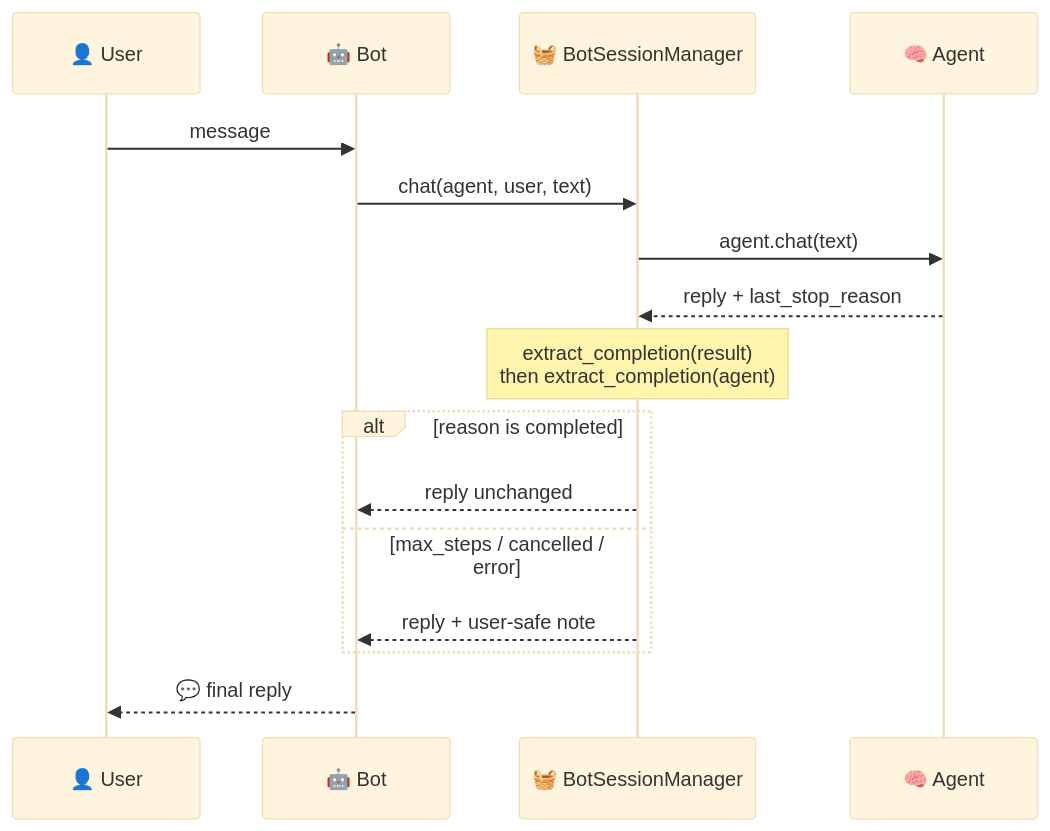
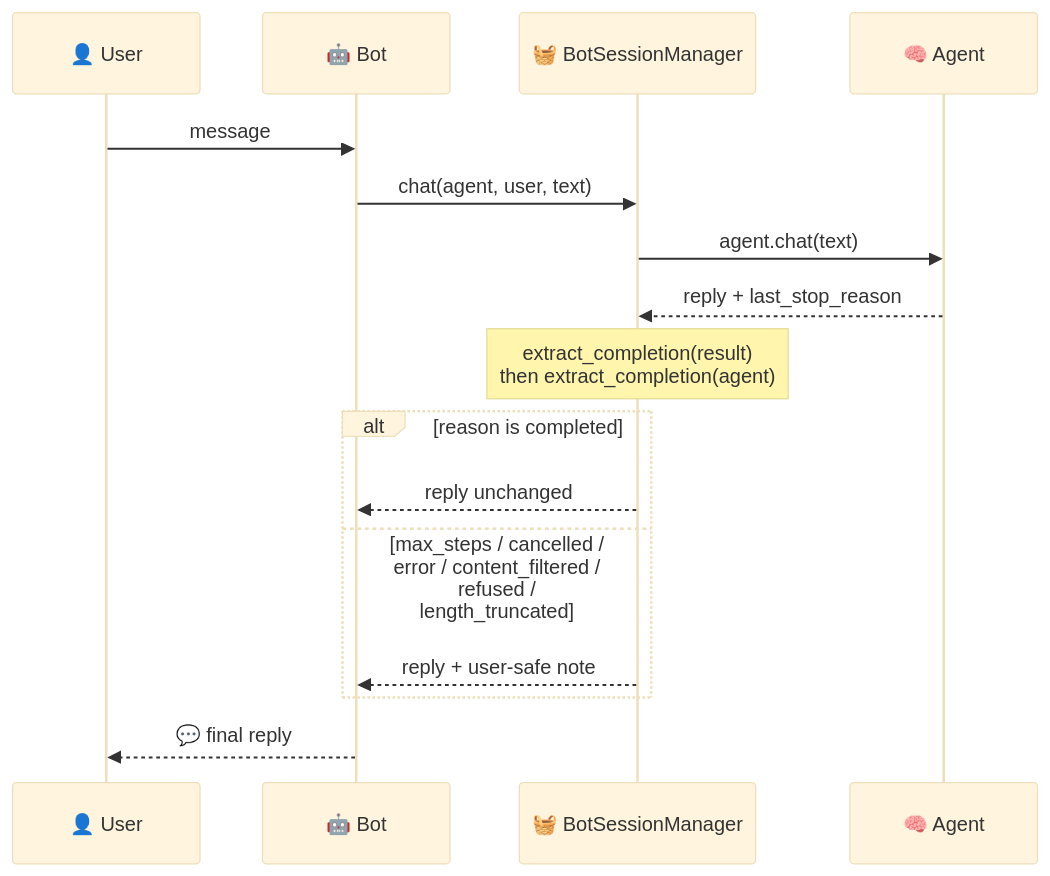
One commit to MervinPraison/PraisonAIDocs changed the second of 2 diagrams in docs/features/gateway-turn-completion.mdx. Above: the diagram before and after it, drawn with Mermaid (base theme). The commit also changed other lines of this file and 10 other files, not shown here.

First line of the commit message:
docs: surface content_filtered / refused / length_truncated as terminal outcomes (fixes #3519)

````diff
--- a/docs/features/gateway-turn-completion.mdx
+++ b/docs/features/gateway-turn-completion.mdx
@@ -91,19 +91,19 @@
 ```mermaid
 sequenceDiagram
     participant U as 👤 User
     participant Bot as 🤖 Bot
     participant S as 🧺 BotSessionManager
     participant A as 🧠 Agent
 
     U->>Bot: message
     Bot->>S: chat(agent, user, text)
     S->>A: agent.chat(text)
     A-->>S: reply + last_stop_reason
     Note over S: extract_completion(result)<br/>then extract_completion(agent)
     alt reason is completed
         S-->>Bot: reply unchanged
-    else max_steps / cancelled / error
+    else max_steps / cancelled / error / content_filtered / refused / length_truncated
         S-->>Bot: reply + user-safe note
     end
     Bot-->>U: 💬 final reply
 ```
````
